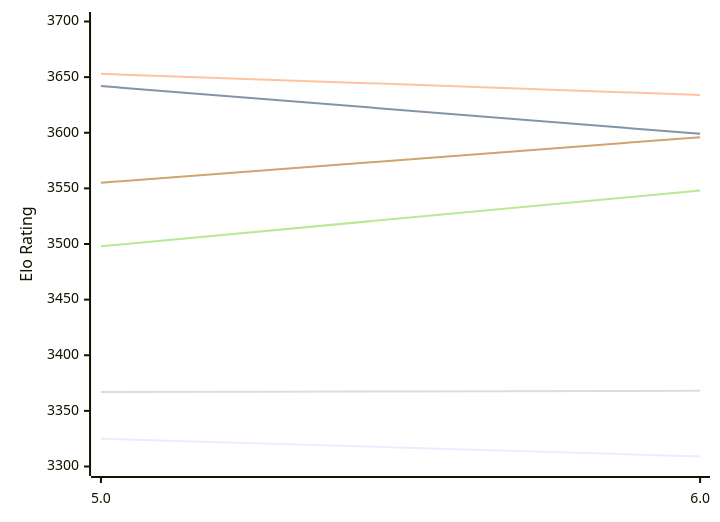
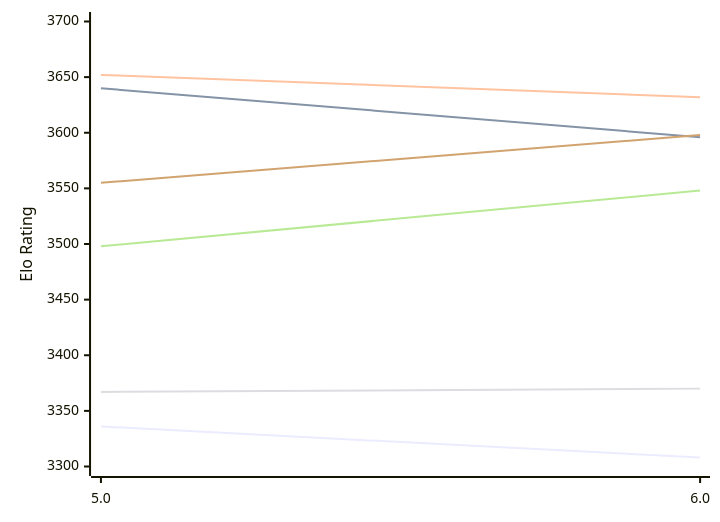
The first of 2 diagrams in engines/Tarnished.md (computer-chess-index/cci), drawn with Mermaid before and after one commit. The commit also changed other lines of this file, not shown here.

Commit message:
Update CCI Ratings (ELO VLTC) - 2026-11-28

````diff
--- a/engines/Tarnished.md
+++ b/engines/Tarnished.md
@@ -51,12 +51,12 @@
 ```mermaid
 %%{init: {"theme":"base","themeVariables":{"seriesColors:['#a3a3a3','#222221','#faa371']}}}%%
 xychart-beta
   x-axis ["5.0", "6.0"]
   y-axis "Elo Rating" 3300 --> 3700
-  line "E1: STC (8.0+0.08s)" [3325, 3309]
-  line "E1: LTC (60.0+0.60s)" [3642, 3599]
-  line "E1: VLTC (2m24s+1.12s)" [3653, 3634]
-  line "P1: STC (8.0+0.08s)" [3367, 3368]
+  line "E1: STC (8.0+0.08s)" [3336, 3308]
+  line "E1: LTC (60.0+0.60s)" [3640, 3596]
+  line "E1: VLTC (2m24s+1.12s)" [3652, 3632]
+  line "P1: STC (8.0+0.08s)" [3367, 3370]
   line "P1: LTC (60.0+0.60s)" [3498, 3548]
-  line "P1: VLTC (2m24s+1.12s)" [3555, 3596]
+  line "P1: VLTC (2m24s+1.12s)" [3555, 3598]
 ```
````
